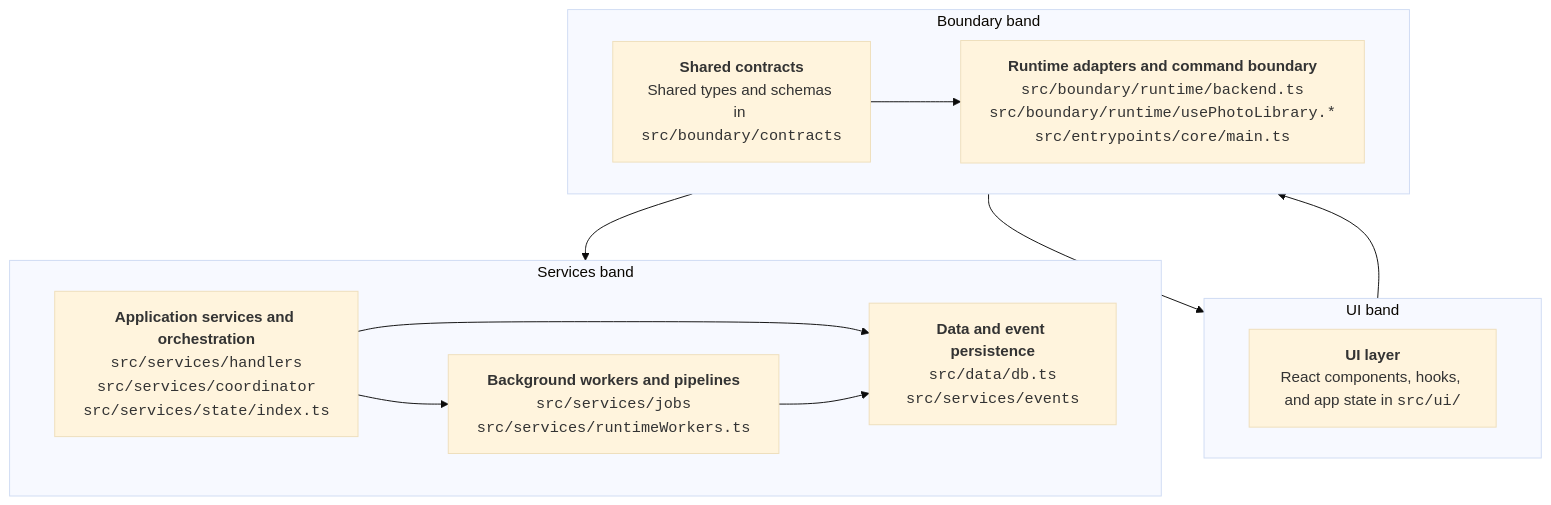
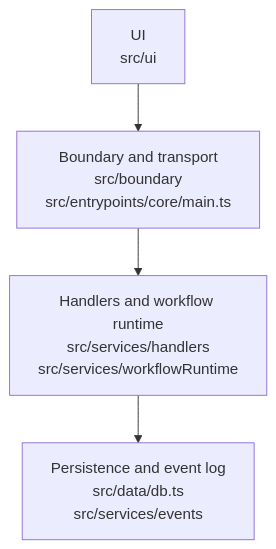
The diagram in docs/architecture.md (rk29403010/photoStar2), drawn with Mermaid before and after one commit. The commit also changed other lines of this file and 78 other files, not shown here.

````diff
--- a/docs/architecture.md
+++ b/docs/architecture.md
@@ -52,37 +33,11 @@
 ```mermaid
-%%{init: {
-  "theme": "base",
-  "flowchart": {
-    "htmlLabels": true,
-    "curve": "basis",
-    "nodeSpacing": 45,
-    "rankSpacing": 70
-  }
-}}%%
 flowchart TB
-    subgraph uiBand["UI band"]
-        direction LR
-        ui["<b>UI layer</b><br/>React components, hooks, and app state in <code>src/ui/</code>"]
-    end
+    ui["UI<br/>src/ui"]
+    boundary["Boundary and transport<br/>src/boundary<br/>src/entrypoints/core/main.ts"]
+    services["Handlers and workflow runtime<br/>src/services/handlers<br/>src/services/workflowRuntime"]
+    data["Persistence and event log<br/>src/data/db.ts<br/>src/services/events"]
 
-    subgraph boundaryBand["Boundary band"]
-        direction LR
-        shared["<b>Shared contracts</b><br/>Shared types and schemas in <code>src/boundary/contracts</code>"]
-        adapters["<b>Runtime adapters and command boundary</b><br/><code>src/boundary/runtime/backend.ts</code><br/><code>src/boundary/runtime/usePhotoLibrary.*</code><br/><code>src/entrypoints/core/main.ts</code>"]
-    end
-
-    subgraph serviceBand["Services band"]
-        direction LR
-        services["<b>Application services and orchestration</b><br/><code>src/services/handlers</code><br/><code>src/services/coordinator</code><br/><code>src/services/state/index.ts</code>"]
-        workers["<b>Background workers and pipelines</b><br/><code>src/services/jobs</code><br/><code>src/services/runtimeWorkers.ts</code>"]
-        data["<b>Data and event persistence</b><br/><code>src/data/db.ts</code><br/><code>src/services/events</code>"]
-    end
-
-    shared --> ui
-    shared --> adapters
-    ui --> adapters
-    adapters --> services
-    services --> workers
+    ui --> boundary
+    boundary --> services
     services --> data
-    workers --> data
 ```
````
